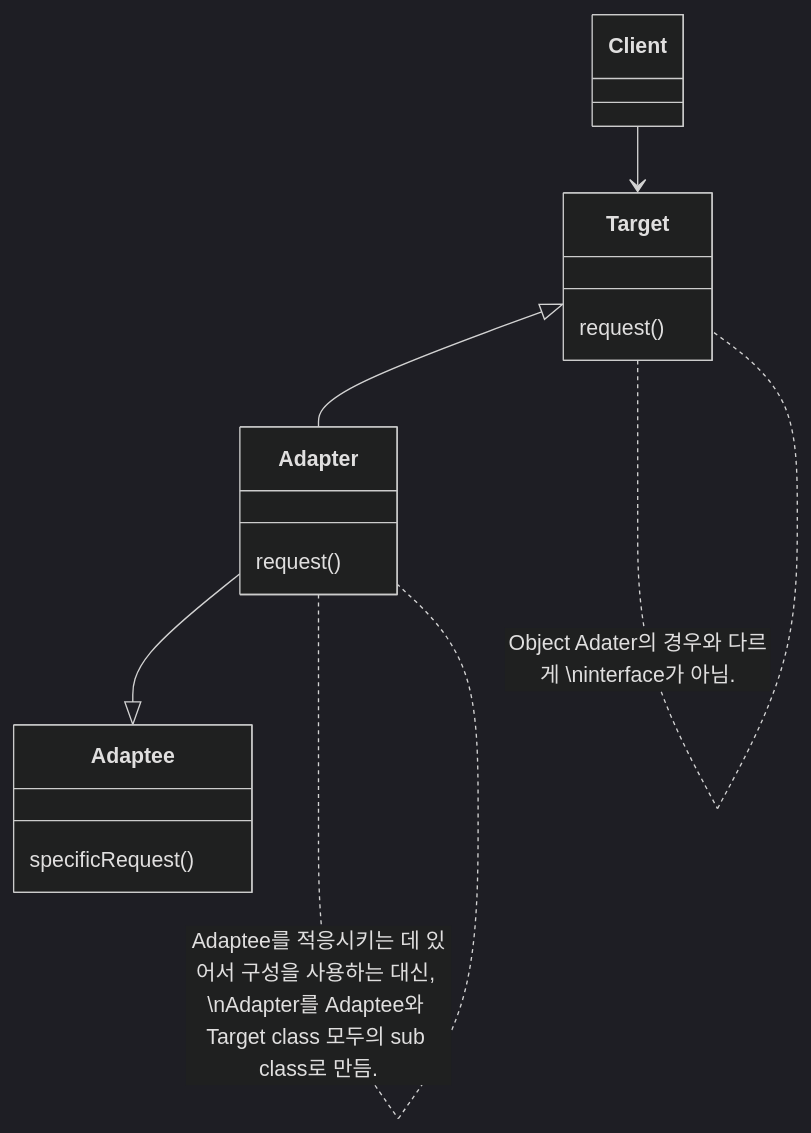
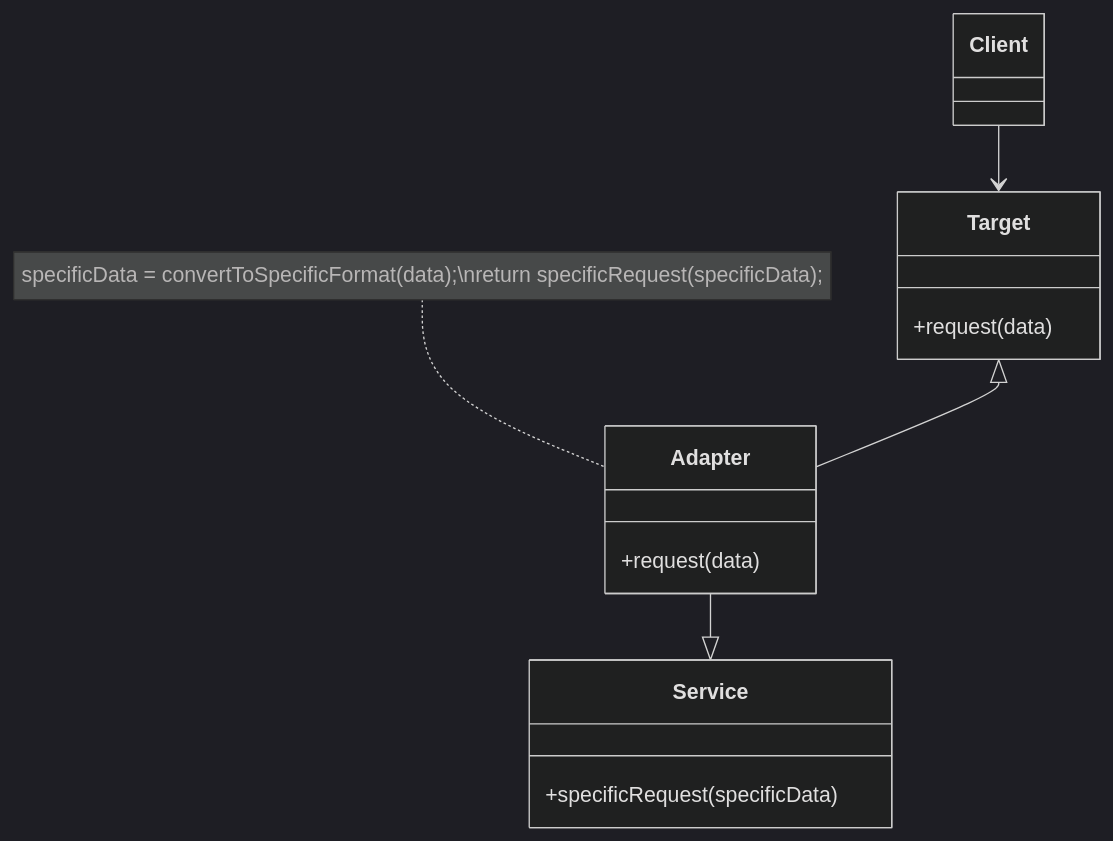
Before and after one commit to choesimin/choesimin.github.io: the third of 3 diagrams in _drafts/adapter-pattern.md, drawn with Mermaid (dark theme). The commit also changed other lines of this file, not shown here.

````diff
--- a/_drafts/adapter-pattern.md
+++ b/_drafts/adapter-pattern.md
@@ -155,24 +164,23 @@
 ```mermaid
 classDiagram
 
 class Client
 
 class Target {
-    request()
+    +request(data)
 }
 
 class Adapter {
-    request()
+    +request(data)
 }
 
-class Adaptee {
-    specificRequest()
+class Service {
+    +specificRequest(specificData)
 }
 
 Client --> Target
 Target <|-- Adapter
-Adapter --|> Adaptee
+Adapter --|> Service
 
-Target .. Target : Object Adater의 경우와 다르게 \ninterface가 아님.
-Adapter .. Adapter : Adaptee를 적응시키는 데 있어서 구성을 사용하는 대신, \nAdapter를 Adaptee와 Target class 모두의 sub class로 만듬.
+note for Adapter "specificData = convertToSpecificFormat(data);\nreturn specificRequest(specificData);"
 ```
````
